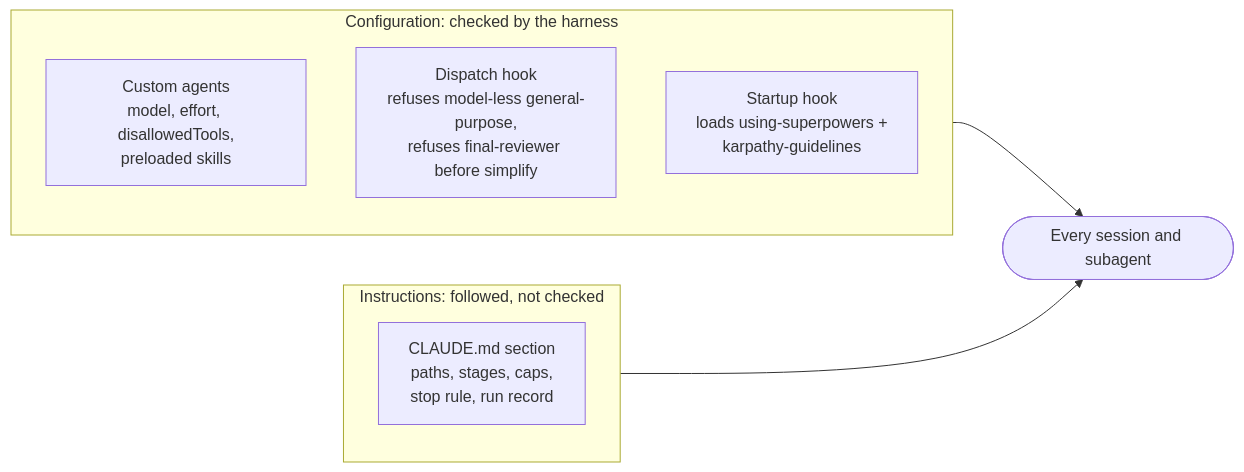
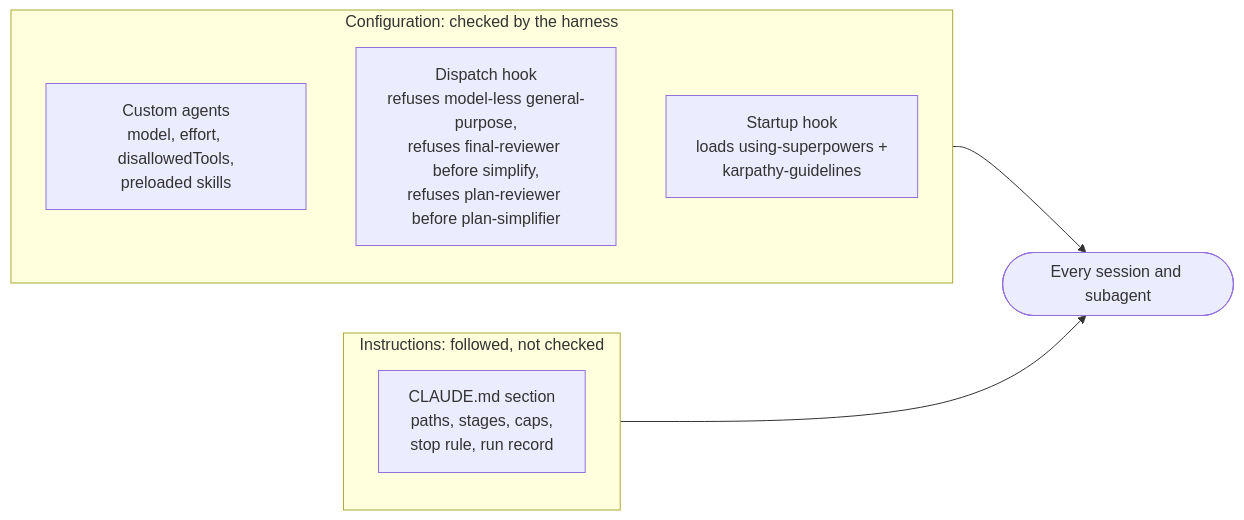
One commit to shoklah/claude-workflow-template changed the fourth of 4 diagrams in README.md. Above: the diagram before and after it, drawn with Mermaid. The commit also changed other lines of this file and 16 other files, not shown here.

First line of the commit message:
Add the plan simplifier and one simplify per review

````diff
--- a/README.md
+++ b/README.md
@@ -149,13 +154,13 @@
 ```mermaid
 flowchart LR
     subgraph CFG ["Configuration: checked by the harness"]
         AG["Custom agents<br/>model, effort, disallowedTools,<br/>preloaded skills"]
-        DH["Dispatch hook<br/>refuses model-less general-purpose,<br/>refuses final-reviewer before simplify"]
+        DH["Dispatch hook<br/>refuses model-less general-purpose,<br/>refuses final-reviewer before simplify,<br/>refuses plan-reviewer before plan-simplifier"]
         SH["Startup hook<br/>loads using-superpowers +<br/>karpathy-guidelines"]
     end
     subgraph INS ["Instructions: followed, not checked"]
         MD["CLAUDE.md section<br/>paths, stages, caps,<br/>stop rule, run record"]
     end
     CFG --> W([Every session and subagent])
     INS --> W
 ```
````
